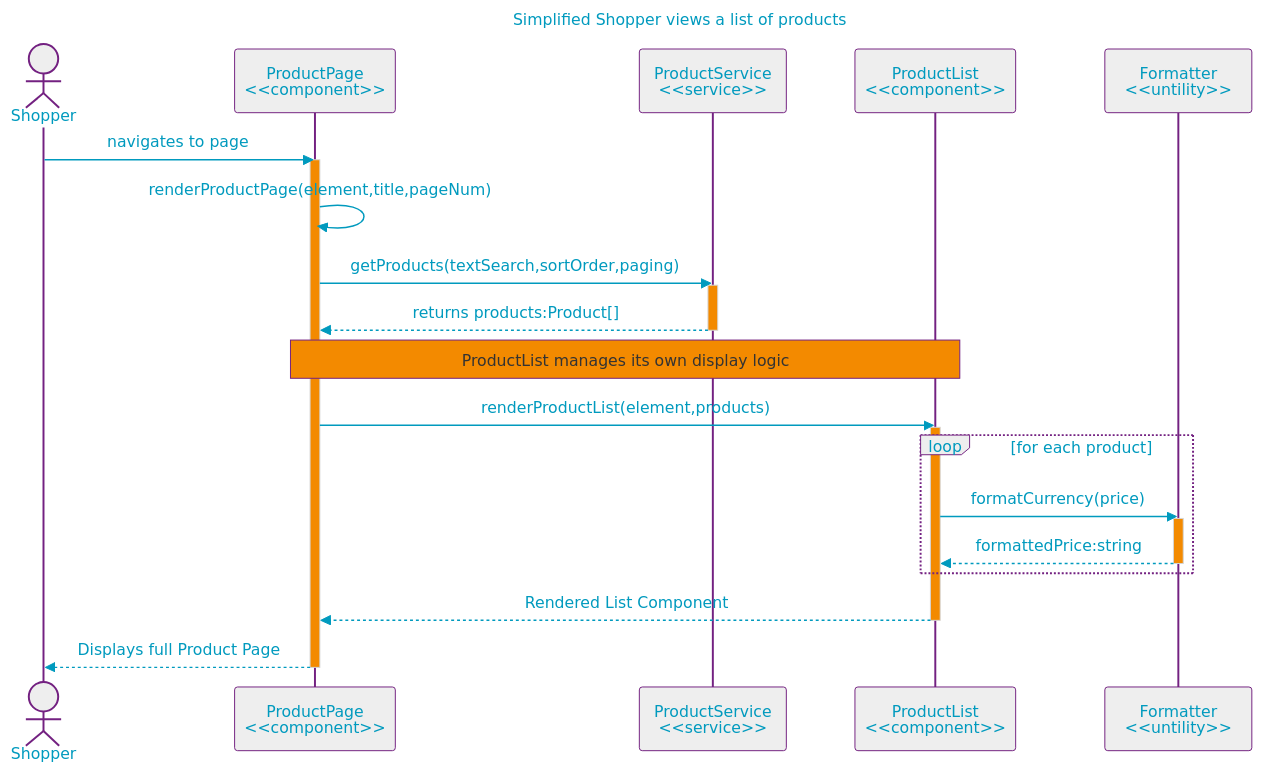
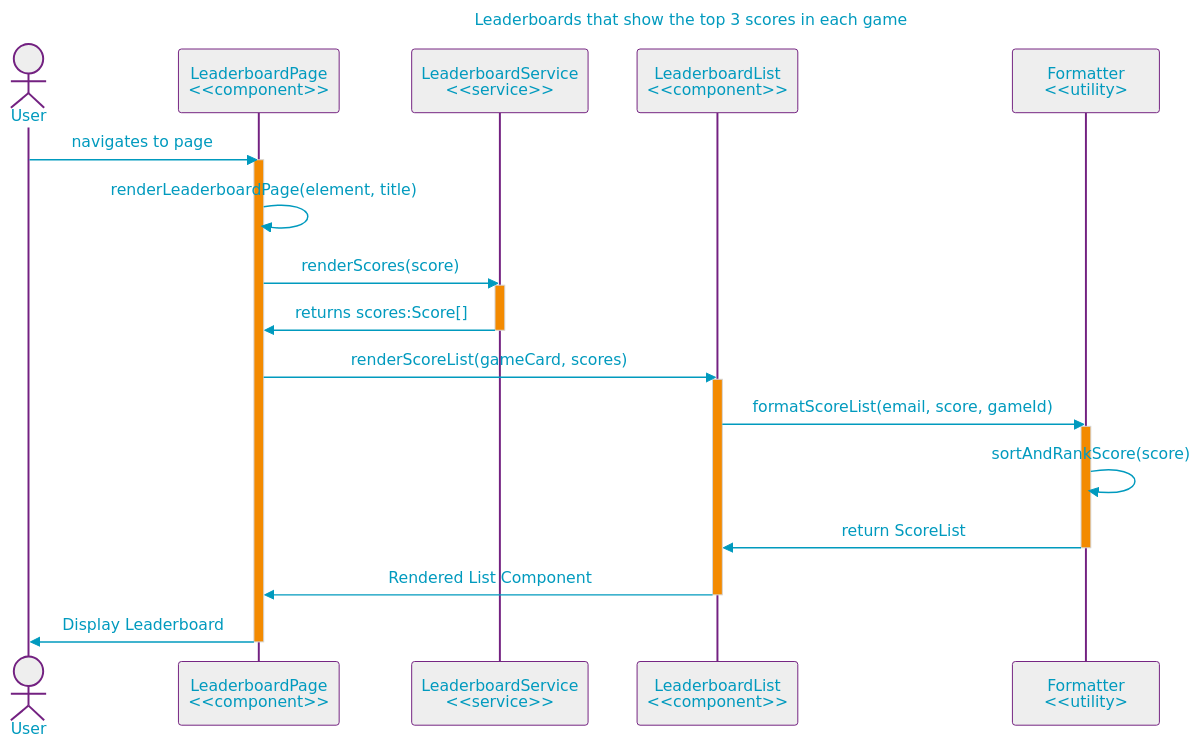
One commit to null-0ne/COSA-195-Gamehub changed the diagram in uml/leaderboards/seq-leaderboards-page.md. Above: the diagram before and after it, drawn with Mermaid. The commit also changed 2 other files, not shown here.

Commit message:
ICD, ERD, SEQ updated and reviewed Dustin/Preston

````diff
--- a/uml/leaderboards/seq-leaderboards-page.md
+++ b/uml/leaderboards/seq-leaderboards-page.md
@@ -3,48 +3,46 @@
 ```mermaid
 %%{init:{"securityLevel":"loose","layout":"elk","elk":{"nodePlacementStrategy":"NETWORK_SIMPLEX"},"theme":"base",
 "themeVariables":{"primaryColor":"#EEE","primaryTextColor":"#009ABE","primaryBorderColor":"#732181","lineColor":"#009ABE","noteBorderColor":"#732181","noteBkgColor":"#F38A00","activationBkgColor":"#F38A00"    }
 }}%%
 %%----------------------- MERMAID MARKUP BELOW --------------------%%
 
 
 sequenceDiagram
-title: Simplified Shopper views a list of products
+title: Leaderboards that show the top 3 scores in each game
 
-    actor u as Shopper
-    participant p as ProductPage<br><<component>>
-    participant s as ProductService<br><<service>>
-    participant l as ProductList<br><<component>>
-    participant f as Formatter<br><<untility>>
+    actor u as User
+    participant l as LeaderboardPage<br><<component>>
+    participant m as LeaderboardService<br><<service>>
+    participant n as LeaderboardList<br><<component>>
+    participant f as Formatter<br><<utility>
 
-    u->>p: navigates to page
-    activate p
+    u->>l: navigates to page
+    activate l
 
-    p->>p: renderProductPage(element,title,pageNum)
-    
-    p->>s: getProducts(textSearch,sortOrder,paging)
-    activate s
-    s-->>p: returns products:Product[]
-    deactivate s
+    l->>l: renderLeaderboardPage(element, title)
 
-    Note over p, l: ProductList manages its own display logic
-    p->>l: renderProductList(element,products)
-    activate l
-    
-    loop for each product
-        l->>f: formatCurrency(price)
-        activate f
-        f-->>l: formattedPrice:string
-        deactivate f
-    end
-    
-    l-->>p: Rendered List Component
+    l->>m: renderScores(score)
+    activate m
+
+    m->>l: returns scores:Score[]
+    deactivate m
+
+    l->>n: renderScoreList(gameCard, scores)
+    activate n
+
+    n->>f: formatScoreList(email, score, gameId)
+    activate f
+
+    f->>f: sortAndRankScore(score)
+
+    f->>n: return ScoreList
+    deactivate f
+
+    n->>l: Rendered List Component
+    deactivate n
+
+    l->>u: Display Leaderboard
     deactivate l
-
-    p-->>u: Displays full Product Page
-    deactivate p
-
-
-
 
 %%----------------------- MERMAID MARKUP ABOVE --------------------%%
 ```
````
